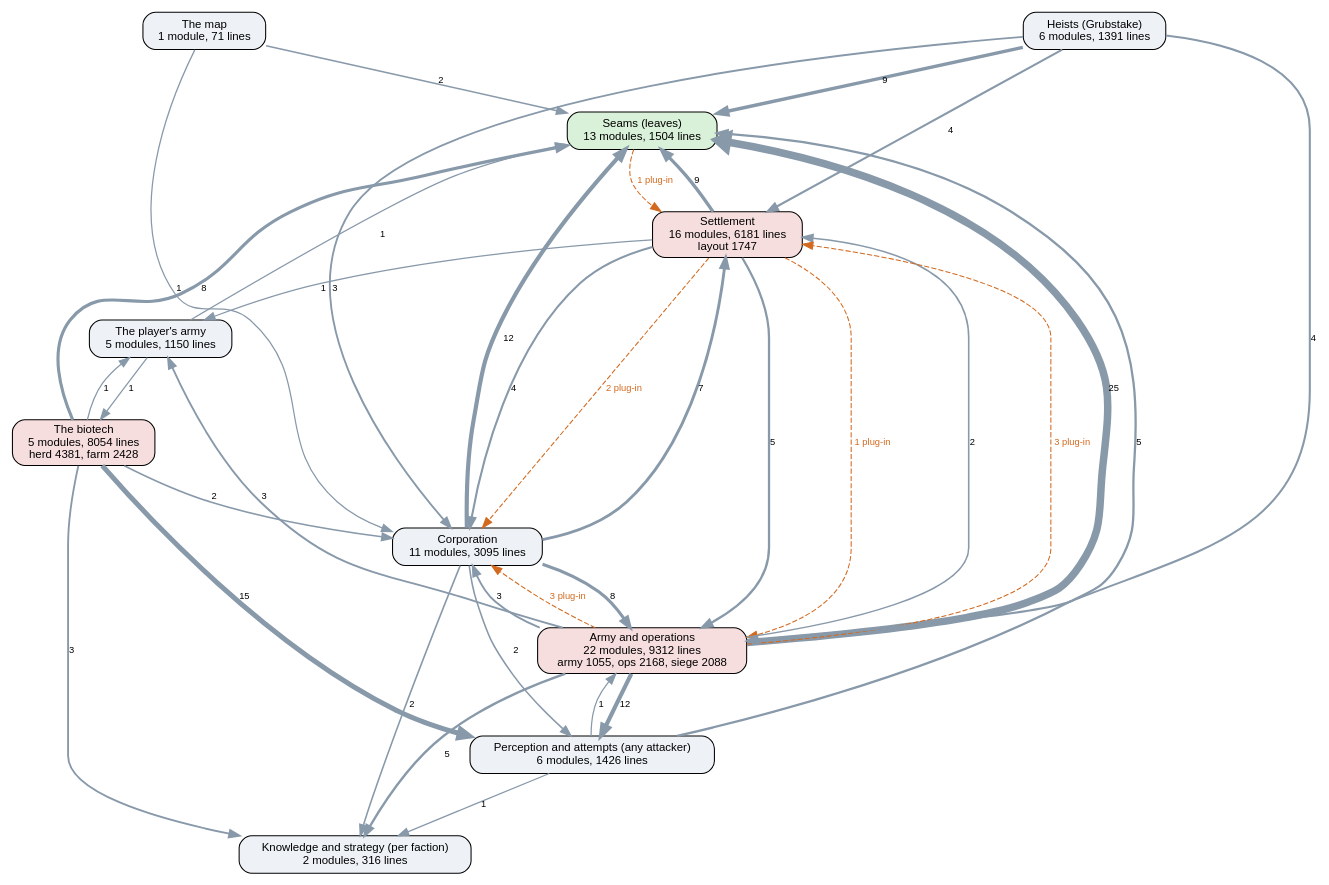
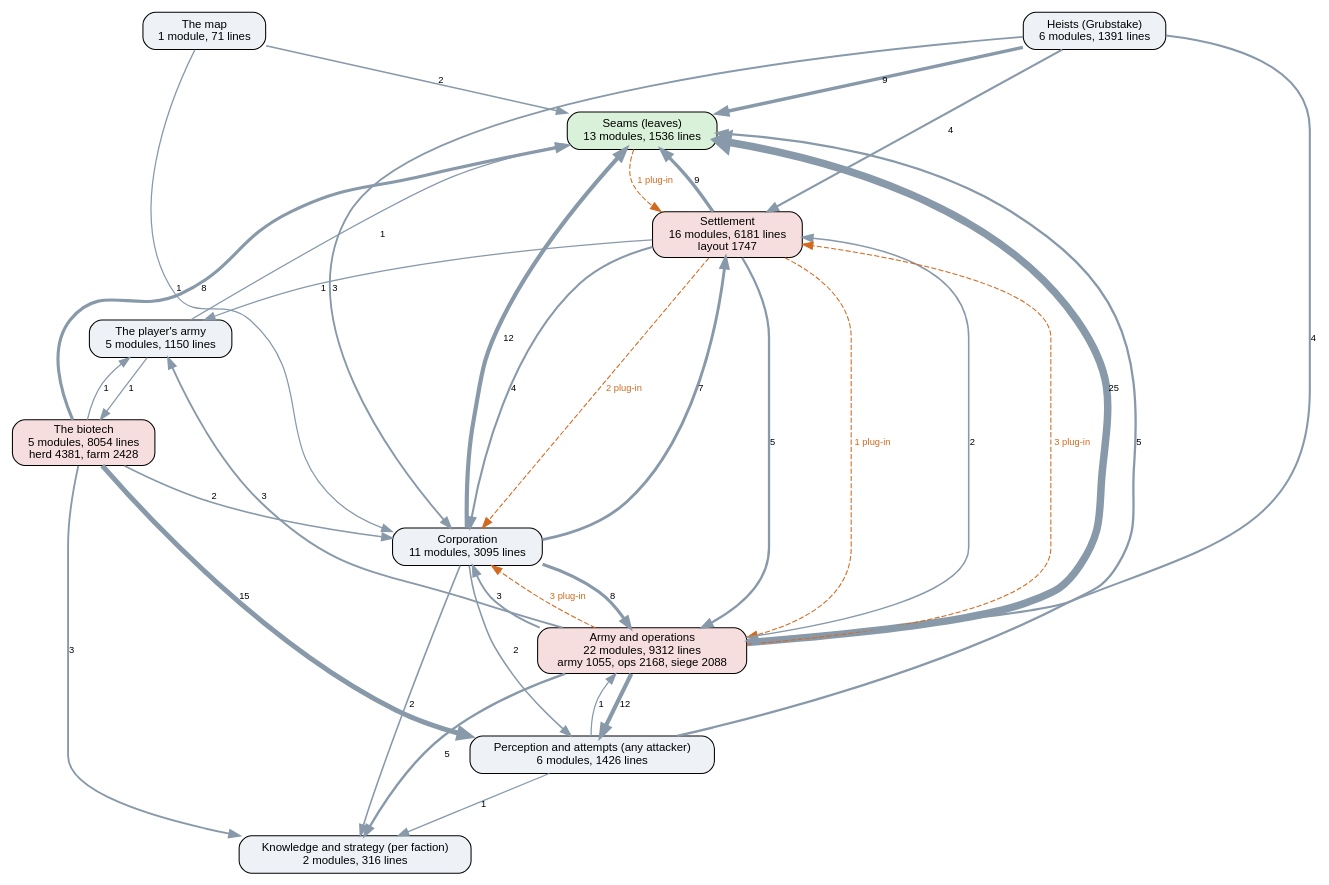
One commit to kinelhu/landing-party changed the diagram in docs/ai-layers.dot. Above: the diagram before and after it, drawn with Graphviz. The commit also changed 10 other files, not shown here.

```diff
--- a/docs/ai-layers.dot
+++ b/docs/ai-layers.dot
@@ -1,51 +1,51 @@
 digraph layers {
   graph [rankdir=TB, fontname="Helvetica", nodesep=0.5, ranksep=0.7];
   node [shape=box, style="rounded,filled", fontname="Helvetica", fontsize=11, fillcolor="#eef2f7"];
   edge [color="#8899aa", fontname="Helvetica", fontsize=9];
-  "Seams (leaves)" [label="Seams (leaves)\n13 modules, 1504 lines", fillcolor="#d9f0d9"];
+  "Seams (leaves)" [label="Seams (leaves)\n13 modules, 1536 lines", fillcolor="#d9f0d9"];
   "Perception and attempts (any attacker)" [label="Perception and attempts (any attacker)\n6 modules, 1426 lines", fillcolor="#eef2f7"];
   "Knowledge and strategy (per faction)" [label="Knowledge and strategy (per faction)\n2 modules, 316 lines", fillcolor="#eef2f7"];
   "Corporation" [label="Corporation\n11 modules, 3095 lines", fillcolor="#eef2f7"];
   "Settlement" [label="Settlement\n16 modules, 6181 lines\nlayout 1747", fillcolor="#f7dede"];
   "Army and operations" [label="Army and operations\n22 modules, 9312 lines\narmy 1055, ops 2168, siege 2088", fillcolor="#f7dede"];
   "Heists (Grubstake)" [label="Heists (Grubstake)\n6 modules, 1391 lines", fillcolor="#eef2f7"];
   "The biotech" [label="The biotech\n5 modules, 8054 lines\nherd 4381, farm 2428", fillcolor="#f7dede"];
   "The map" [label="The map\n1 module, 71 lines", fillcolor="#eef2f7"];
   "The player's army" [label="The player's army\n5 modules, 1150 lines", fillcolor="#eef2f7"];
   "Army and operations" -> "Corporation" [label="3", penwidth=1.8];
   "Army and operations" -> "Knowledge and strategy (per faction)" [label="5", penwidth=2.2];
   "Army and operations" -> "Perception and attempts (any attacker)" [label="12", penwidth=4.0];
   "Army and operations" -> "Seams (leaves)" [label="25", penwidth=7.2];
   "Army and operations" -> "Settlement" [label="2", penwidth=1.5];
   "Army and operations" -> "The player's army" [label="3", penwidth=1.8];
   "Corporation" -> "Army and operations" [label="8", penwidth=3.0];
   "Corporation" -> "Knowledge and strategy (per faction)" [label="2", penwidth=1.5];
   "Corporation" -> "Perception and attempts (any attacker)" [label="2", penwidth=1.5];
   "Corporation" -> "Seams (leaves)" [label="12", penwidth=4.0];
   "Corporation" -> "Settlement" [label="7", penwidth=2.8];
   "Heists (Grubstake)" -> "Army and operations" [label="4", penwidth=2.0];
   "Heists (Grubstake)" -> "Corporation" [label="3", penwidth=1.8];
   "Heists (Grubstake)" -> "Seams (leaves)" [label="9", penwidth=3.2];
   "Heists (Grubstake)" -> "Settlement" [label="4", penwidth=2.0];
   "Perception and attempts (any attacker)" -> "Army and operations" [label="1", penwidth=1.2];
   "Perception and attempts (any attacker)" -> "Knowledge and strategy (per faction)" [label="1", penwidth=1.2];
   "Perception and attempts (any attacker)" -> "Seams (leaves)" [label="5", penwidth=2.2];
   "Settlement" -> "Army and operations" [label="5", penwidth=2.2];
   "Settlement" -> "Corporation" [label="4", penwidth=2.0];
   "Settlement" -> "Seams (leaves)" [label="9", penwidth=3.2];
   "Settlement" -> "The player's army" [label="1", penwidth=1.2];
   "The biotech" -> "Corporation" [label="2", penwidth=1.5];
   "The biotech" -> "Knowledge and strategy (per faction)" [label="3", penwidth=1.8];
   "The biotech" -> "Perception and attempts (any attacker)" [label="15", penwidth=4.8];
   "The biotech" -> "Seams (leaves)" [label="8", penwidth=3.0];
   "The biotech" -> "The player's army" [label="1", penwidth=1.2];
   "The map" -> "Corporation" [label="1", penwidth=1.2];
   "The map" -> "Seams (leaves)" [label="2", penwidth=1.5];
   "The player's army" -> "Seams (leaves)" [label="1", penwidth=1.2];
   "The player's army" -> "The biotech" [label="1", penwidth=1.2];
   "Army and operations" -> "Corporation" [style=dashed, color="#d2691e", fontcolor="#d2691e", label="3 plug-in"];
   "Army and operations" -> "Settlement" [style=dashed, color="#d2691e", fontcolor="#d2691e", label="3 plug-in"];
   "Seams (leaves)" -> "Settlement" [style=dashed, color="#d2691e", fontcolor="#d2691e", label="1 plug-in"];
   "Settlement" -> "Army and operations" [style=dashed, color="#d2691e", fontcolor="#d2691e", label="1 plug-in"];
   "Settlement" -> "Corporation" [style=dashed, color="#d2691e", fontcolor="#d2691e", label="2 plug-in"];
 }
```
